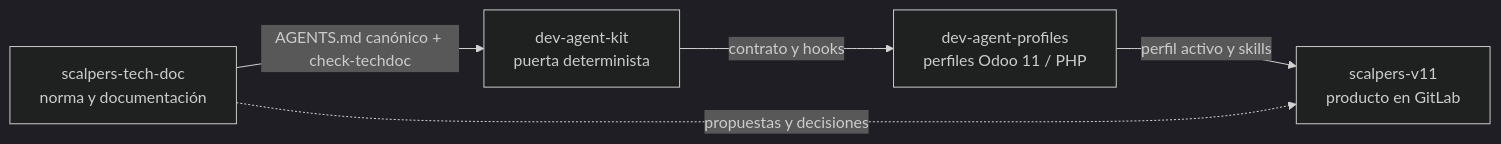
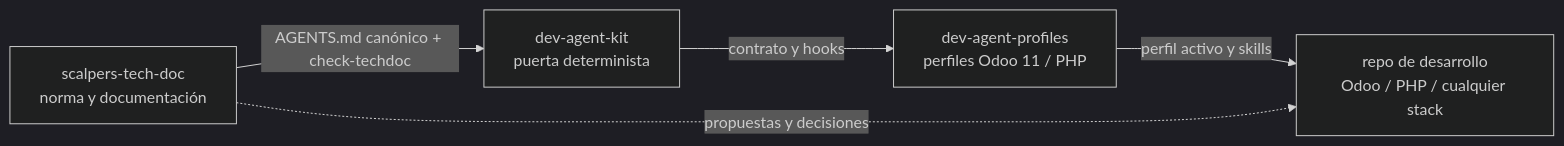
One commit to ScalpersCompany/dev-agent-kit changed the first of 3 diagrams in docs/DIAGRAMA-SISTEMA.md. Above: the diagram before and after it, drawn with Mermaid (dark theme). The commit also changed 9 other files, not shown here.

````diff
--- a/docs/DIAGRAMA-SISTEMA.md
+++ b/docs/DIAGRAMA-SISTEMA.md
@@ -8,7 +8,7 @@
 ```mermaid
 flowchart LR
   T["scalpers-tech-doc<br/>norma y documentación"] -->|AGENTS.md canónico + check-techdoc| K["dev-agent-kit<br/>puerta determinista"]
   K -->|contrato y hooks| P["dev-agent-profiles<br/>perfiles Odoo 11 / PHP"]
-  P -->|perfil activo y skills| V["scalpers-v11<br/>producto en GitLab"]
+  P -->|perfil activo y skills| V["repo de desarrollo<br/>Odoo / PHP / cualquier stack"]
   T -.->|propuestas y decisiones| V
 ```
````
